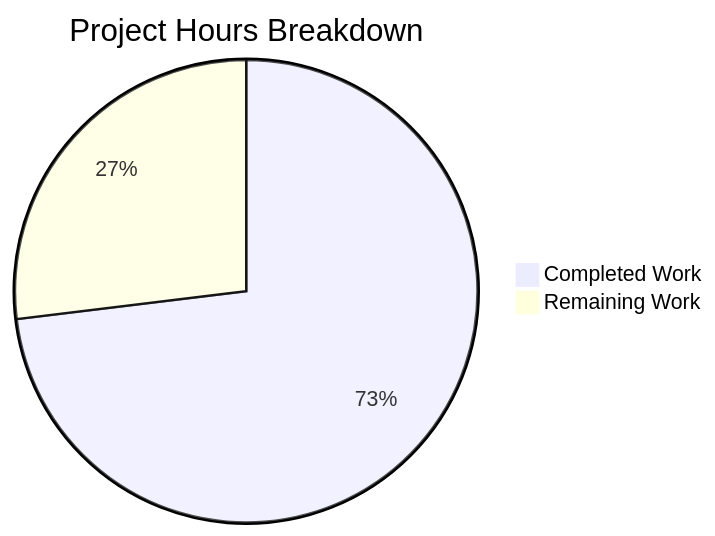
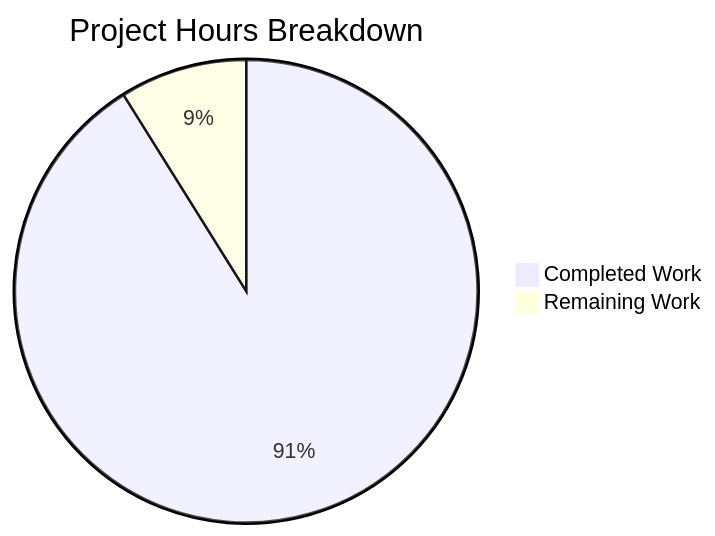
The second of 2 diagrams in blitzy/documentation/Project Guide.md (TestadoBlitzy/Existing-product), drawn with Mermaid before and after one commit. The commit also changed other lines of this file, not shown here.

Commit message:
Adding Blitzy Project Guide: Project Status and Human Tasks Remaining

````diff
--- a/blitzy/documentation/Project Guide.md
+++ b/blitzy/documentation/Project Guide.md
@@ -197,5 +205,5 @@
 ```mermaid
 pie title Project Hours Breakdown
-    "Completed Work" : 19
-    "Remaining Work" : 7
+    "Completed Work" : 41
+    "Remaining Work" : 4
 ```
````
